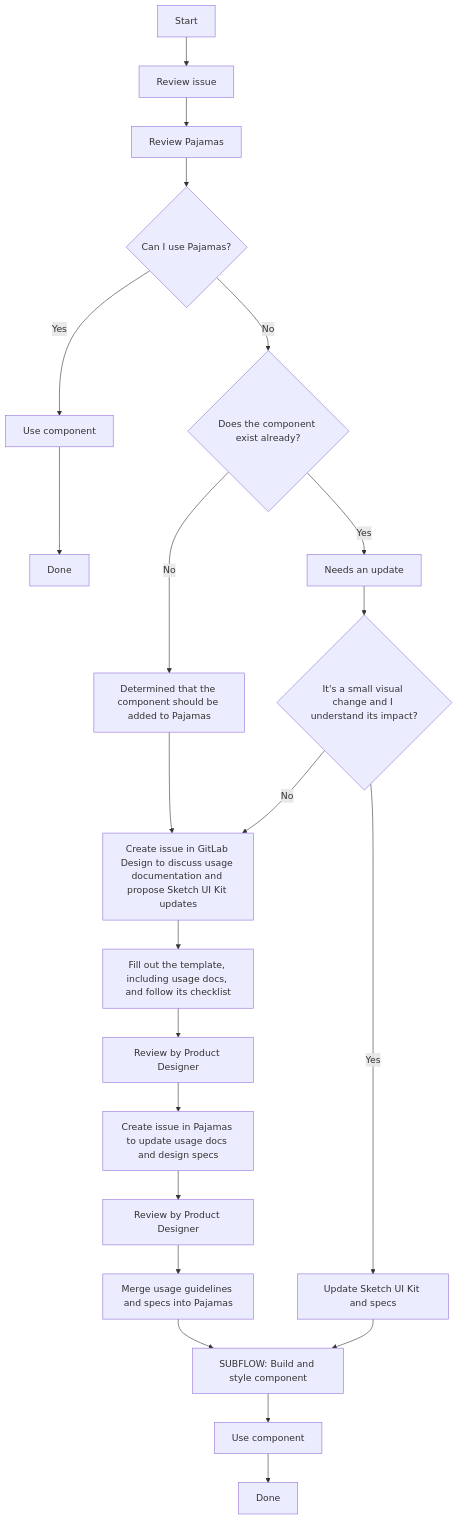
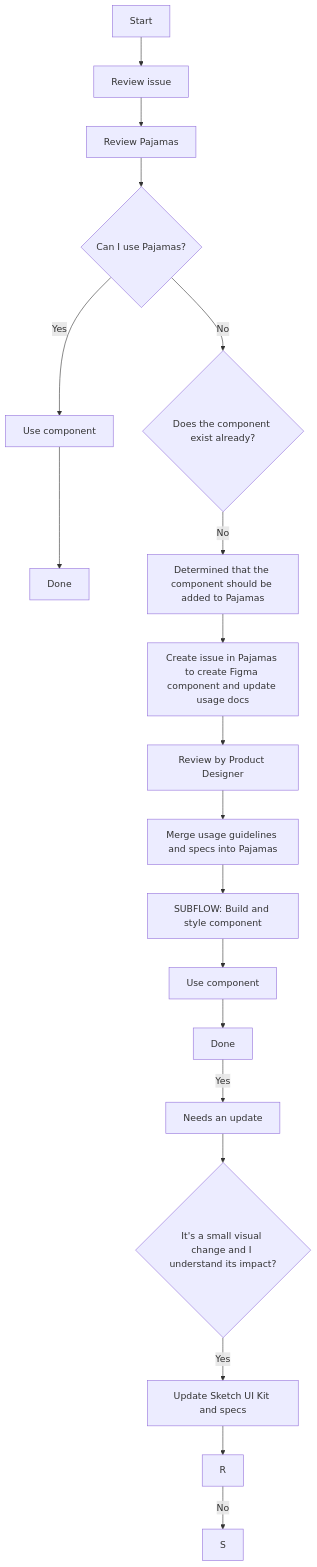
One commit to khulnasoft-lab/design.khulnasoft.com changed the diagram in doc/component-lifecycle.md. Above: the diagram before and after it, drawn with Mermaid.

Commit message:
Update mermaid diagram

````diff
--- a/doc/component-lifecycle.md
+++ b/doc/component-lifecycle.md
@@ -64,28 +64,24 @@
 ```mermaid
 graph TD;
 A[Start] -->B[Review issue]
 B--> C[Review Pajamas]
 click C "https://design.gitlab.com"
 C-->D{Can I use Pajamas?}
 D -->|Yes| E[Use component]
 E --> F[Done]
 D -->|No| G{Does the component exist already?}
 G-->|No| H[Determined that the component should be added to Pajamas]
-H-->I[Create issue in GitLab Design to discuss usage documentation and propose Sketch UI Kit updates]
-click I "https://gitlab.com/gitlab-org/gitlab-design/issues/new?issuable_template=UX%20Pattern"
-I-->J[Fill out the template, including usage docs, and follow its checklist]
-J-->K[Review by Product Designer]
-K-->L[Create issue in Pajamas to update usage docs and design specs]
-click L "https://gitlab.com/gitlab-org/gitlab-services/design.gitlab.com/issues/new"
-L-->M[Review by Product Designer]
-M-->N[Merge usage guidelines and specs into Pajamas]
-N-->O[SUBFLOW: Build and style component]
-click O "https://gitlab.com/gitlab-org/gitlab-ui/blob/master/doc/component-lifecycle.md"
-O-->P[Use component]
-P-->Q[Done]
-G-->|Yes| R[Needs an update]
-R-->S{It's a small visual change and I understand its impact?}
-S-->|Yes| T[Update Sketch UI Kit and specs]
-T-->O
-S-->|No| I
+H-->I[Create issue in Pajamas to create Figma component and update usage docs]
+click I "https://gitlab.com/gitlab-org/gitlab-services/design.gitlab.com/issues/new"
+I-->J[Review by Product Designer]
+J-->K[Merge usage guidelines and specs into Pajamas]
+K-->L[SUBFLOW: Build and style component]
+click L "https://gitlab.com/gitlab-org/gitlab-ui/blob/master/doc/component-lifecycle.md"
+L-->M[Use component]
+M-->N[Done]
+N-->|Yes| O[Needs an update]
+O-->P{It's a small visual change and I understand its impact?}
+P-->|Yes| Q[Update Sketch UI Kit and specs]
+Q-->R
+R-->|No| S
 ```
````
